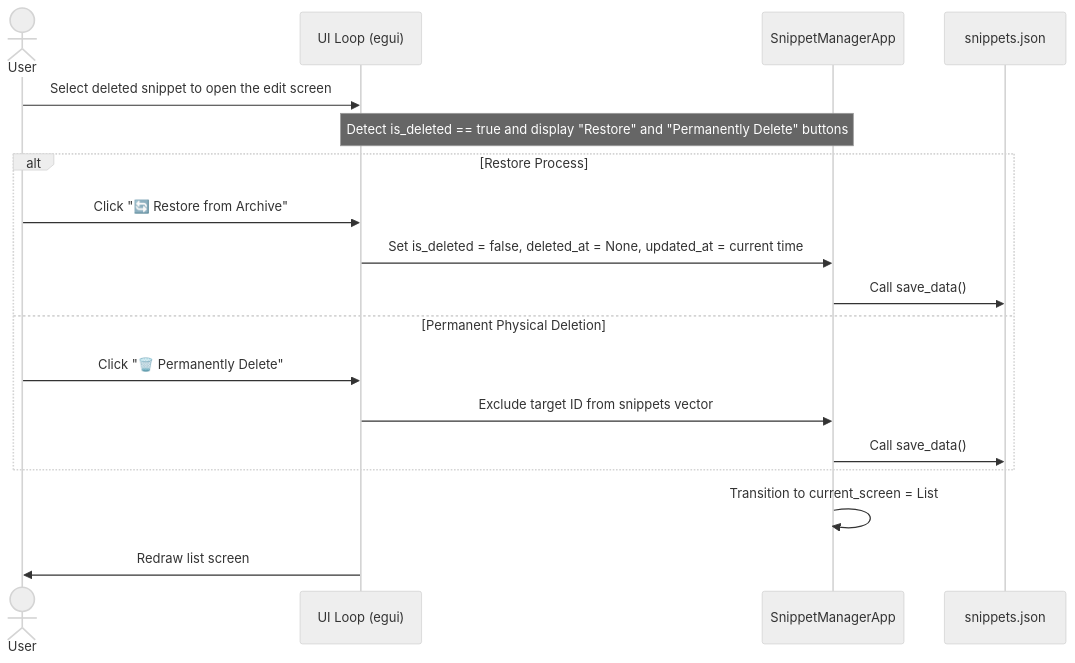
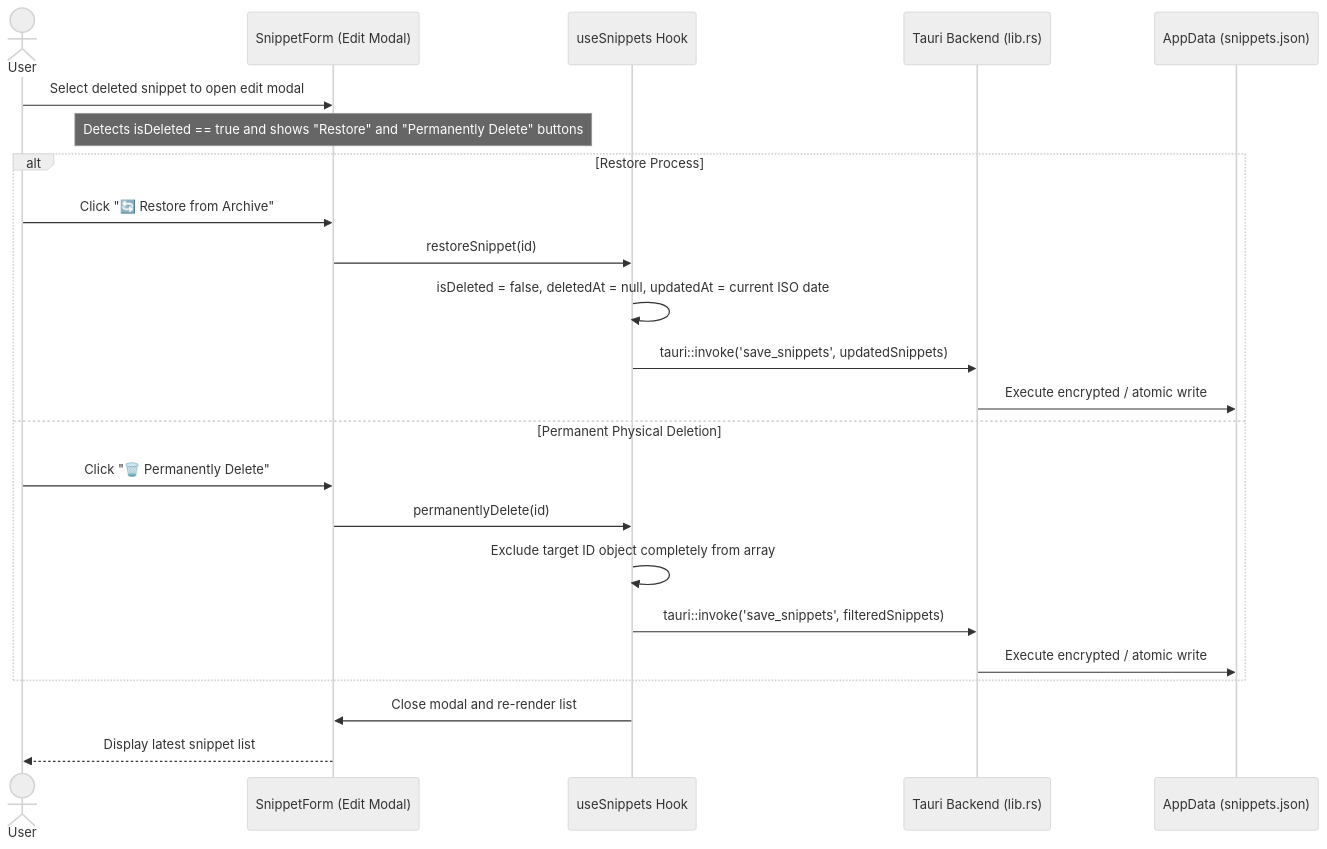
One commit to tkshnkgwr/SnippetFlow changed the sixth of 6 diagrams in docs/en/DIAGRAM.md. Above: the diagram before and after it, drawn with Mermaid (neutral theme). The commit also changed other lines of this file and 34 other files, not shown here.

````diff
--- a/docs/en/DIAGRAM.md
+++ b/docs/en/DIAGRAM.md
@@ -182,23 +177,28 @@
 ```mermaid
 sequenceDiagram
     actor User
-    participant UI as UI Loop (egui)
-    participant App as SnippetManagerApp
-    participant JSON as snippets.json
+    participant UI as SnippetForm (Edit Modal)
+    participant Hook as useSnippets Hook
+    participant Backend as Tauri Backend (lib.rs)
+    participant Storage as AppData (snippets.json)
 
-    User->>UI: Select deleted snippet to open the edit screen
-    Note over UI,App: Detect is_deleted == true and display "Restore" and "Permanently Delete" buttons
+    User->>UI: Select deleted snippet to open edit modal
+    Note over UI: Detects isDeleted == true and shows "Restore" and "Permanently Delete" buttons
     
     alt Restore Process
         User->>UI: Click "🔄 Restore from Archive"
-        UI->>App: Set is_deleted = false, deleted_at = None, updated_at = current time
-        App->>JSON: Call save_data()
+        UI->>Hook: restoreSnippet(id)
+        Hook->>Hook: isDeleted = false, deletedAt = null, updatedAt = current ISO date
+        Hook->>Backend: tauri::invoke('save_snippets', updatedSnippets)
+        Backend->>Storage: Execute encrypted / atomic write
     else Permanent Physical Deletion
         User->>UI: Click "🗑️ Permanently Delete"
-        UI->>App: Exclude target ID from snippets vector
-        App->>JSON: Call save_data()
+        UI->>Hook: permanentlyDelete(id)
+        Hook->>Hook: Exclude target ID object completely from array
+        Hook->>Backend: tauri::invoke('save_snippets', filteredSnippets)
+        Backend->>Storage: Execute encrypted / atomic write
     end
     
-    App->>App: Transition to current_screen = List
-    UI->>User: Redraw list screen
+    Hook->>UI: Close modal and re-render list
+    UI-->>User: Display latest snippet list
 ```
````
